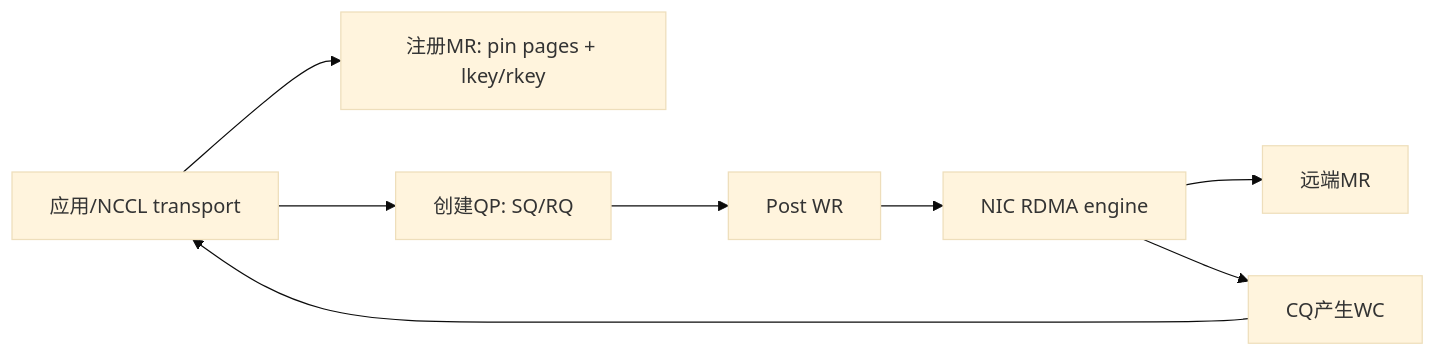
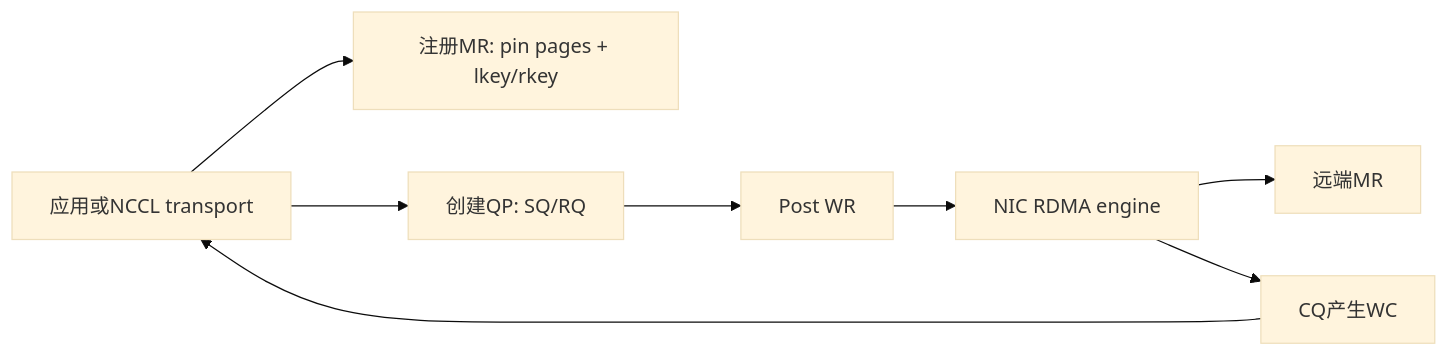
The sixth of 8 diagrams in ai-infra-tutorial/part0-foundations-of-systems/0d-network-stack-fundamentals.md (qxhy123/learn), drawn with Mermaid (base theme) before and after one commit. The commit also changed other lines of this file and 39 other files, not shown here.

First line of the commit message:
Split Part 0a CPU microarchitecture into 8 deep-dive chapters

````diff
--- a/ai-infra-tutorial/part0-foundations-of-systems/0d-network-stack-fundamentals.md
+++ b/ai-infra-tutorial/part0-foundations-of-systems/0d-network-stack-fundamentals.md
@@ -149,10 +520,10 @@
 ```mermaid
 flowchart LR
-  app[应用/NCCL transport] --> mr[注册MR: pin pages + lkey/rkey]
+  app[应用或NCCL transport] --> mr[注册MR: pin pages + lkey/rkey]
   app --> qp[创建QP: SQ/RQ]
   qp --> wr[Post WR]
   wr --> nic[NIC RDMA engine]
   nic --> remote[远端MR]
   nic --> cq[CQ产生WC]
   cq --> app
 ```
````
